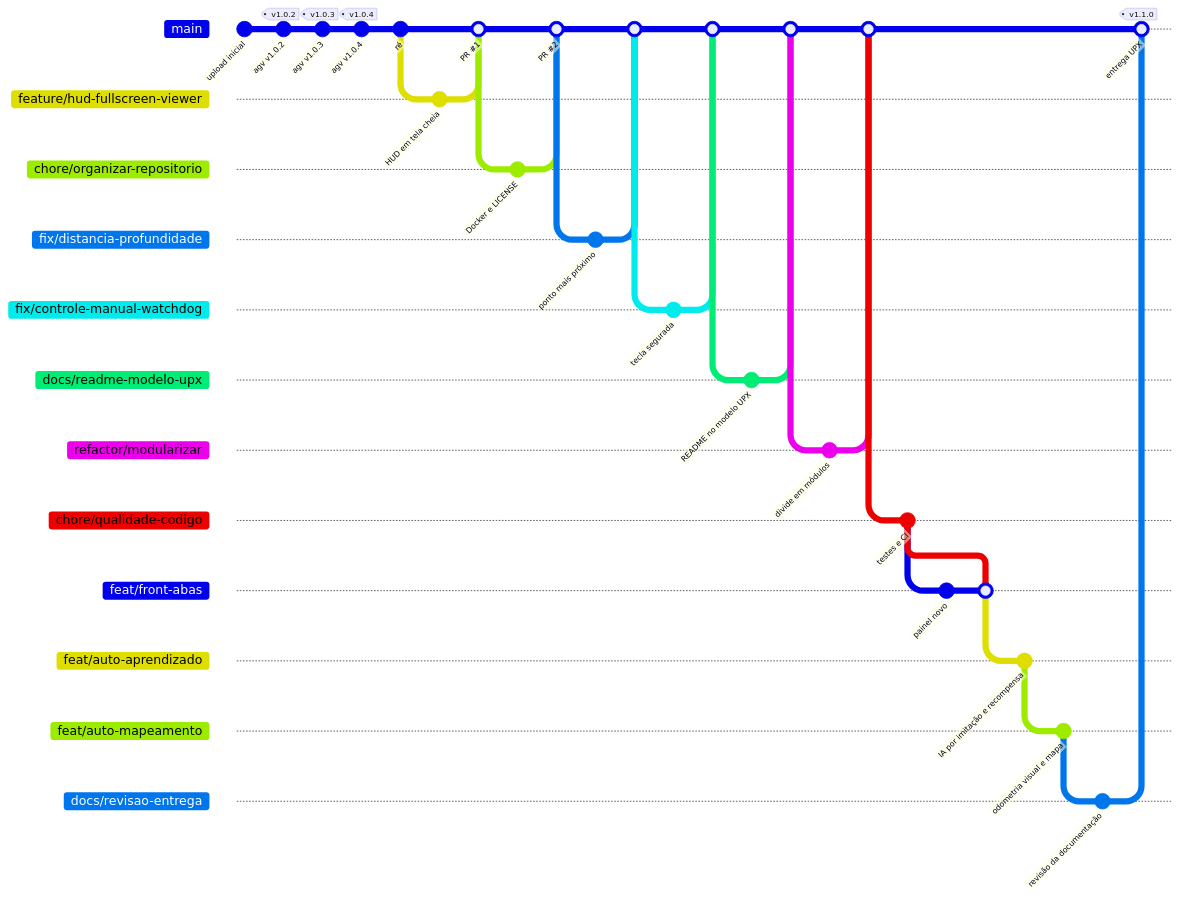
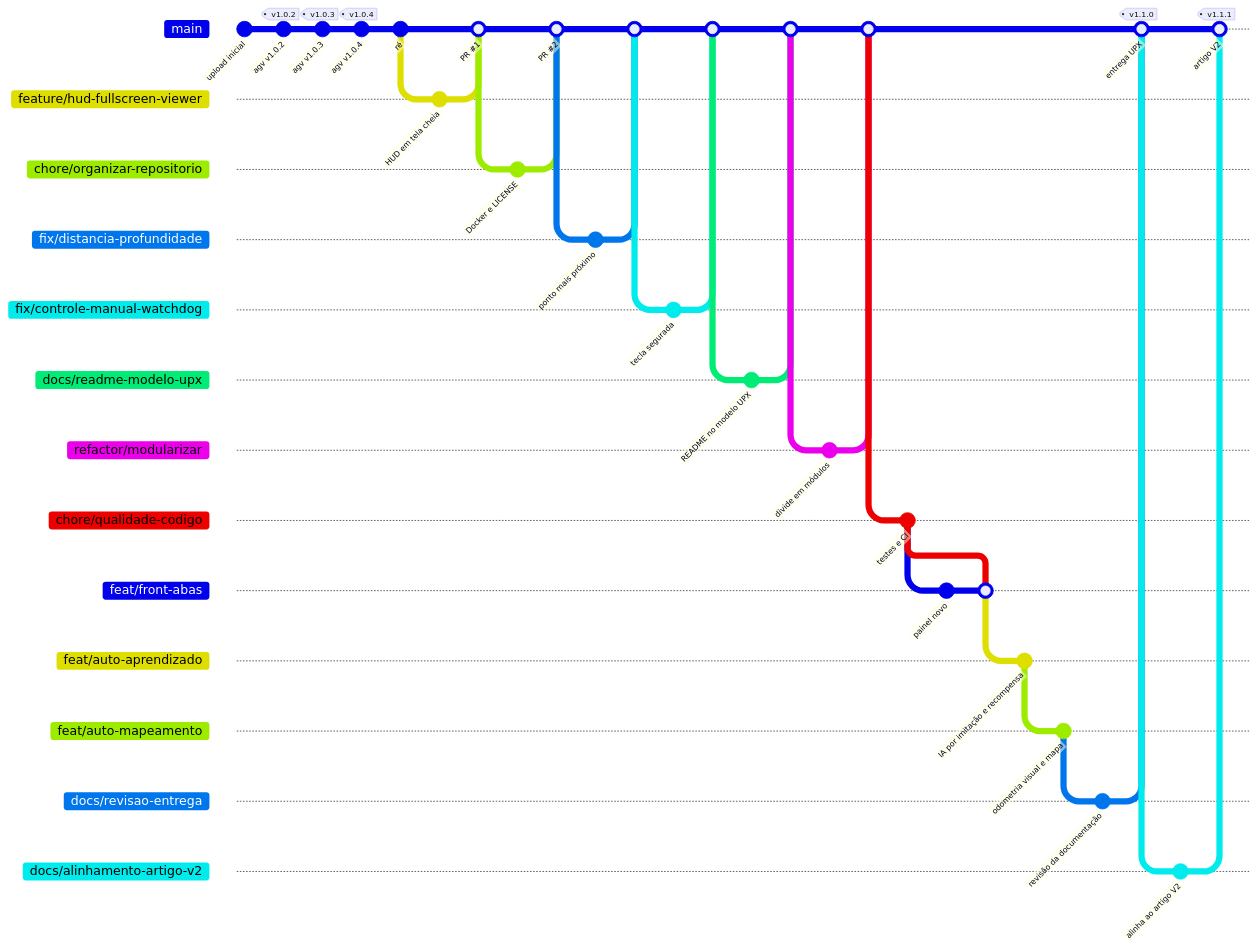
One commit to Kauan-V-Marques/AGV changed diagram 22 of 22 in README.md. Above: the diagram before and after it, drawn with Mermaid. The commit also changed other lines of this file and 1 other file, not shown here.

Commit message:
docs: versao 1.1.1 no CHANGELOG, nas tags e no grafo de branches

````diff
--- a/README.md
+++ b/README.md
@@ -1574,45 +1574,49 @@
 ```mermaid
 gitGraph
     commit id: "upload inicial"
     commit id: "agv v1.0.2" tag: "v1.0.2"
     commit id: "agv v1.0.3" tag: "v1.0.3"
     commit id: "agv v1.0.4" tag: "v1.0.4"
     commit id: "ré"
     branch feature/hud-fullscreen-viewer
     commit id: "HUD em tela cheia"
     checkout main
     merge feature/hud-fullscreen-viewer id: "PR #1"
     branch chore/organizar-repositorio
     commit id: "Docker e LICENSE"
     checkout main
     merge chore/organizar-repositorio id: "PR #2"
     branch fix/distancia-profundidade
     commit id: "ponto mais próximo"
     checkout main
     merge fix/distancia-profundidade
     branch fix/controle-manual-watchdog
     commit id: "tecla segurada"
     checkout main
     merge fix/controle-manual-watchdog
     branch docs/readme-modelo-upx
     commit id: "README no modelo UPX"
     checkout main
     merge docs/readme-modelo-upx
     branch refactor/modularizar
     commit id: "divide em módulos"
     checkout main
     merge refactor/modularizar
     branch chore/qualidade-codigo
     commit id: "testes e CI"
     branch feat/front-abas
     commit id: "painel novo"
     merge chore/qualidade-codigo
     branch feat/auto-aprendizado
     commit id: "IA por imitação e recompensa"
     branch feat/auto-mapeamento
     commit id: "odometria visual e mapa"
     branch docs/revisao-entrega
     commit id: "revisão da documentação"
     checkout main
     merge docs/revisao-entrega id: "entrega UPX" tag: "v1.1.0"
+    branch docs/alinhamento-artigo-v2
+    commit id: "alinha ao artigo V2"
+    checkout main
+    merge docs/alinhamento-artigo-v2 id: "artigo V2" tag: "v1.1.1"
 ```
````
